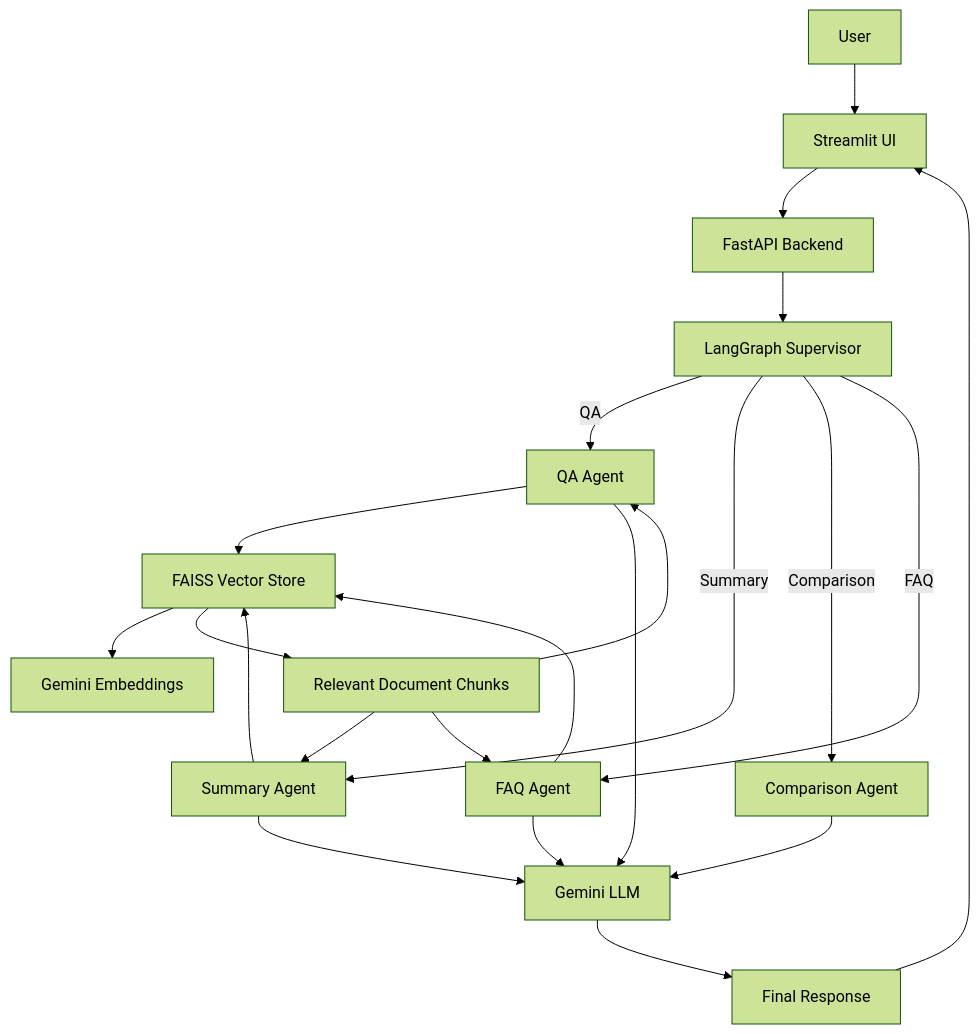
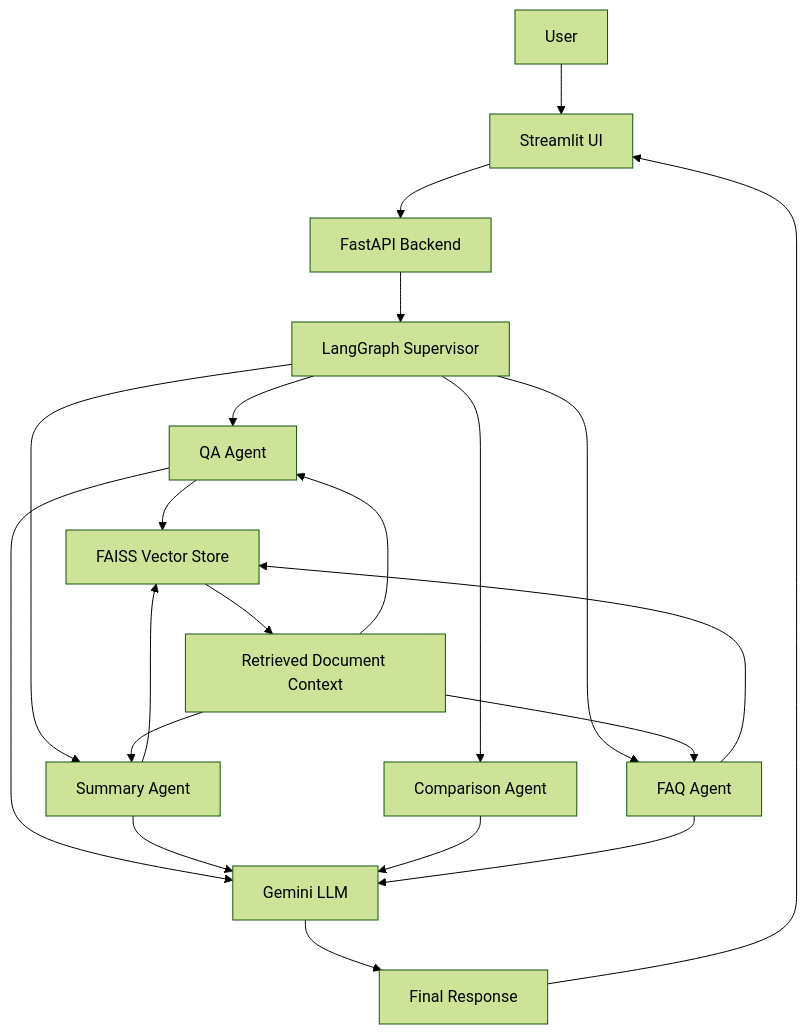
Before and after one commit to lagnajitashome/enterprise-ai-document-intelligence: the diagram in README.md, drawn with Mermaid (forest theme). The commit also changed other lines of this file, not shown here.

````diff
--- a/README.md
+++ b/README.md
@@ -20,34 +20,32 @@
 ```mermaid
 flowchart TD
 
     A[User] --> B[Streamlit UI]
 
     B --> C[FastAPI Backend]
 
     C --> D[LangGraph Supervisor]
 
-    D -->|QA| E[QA Agent]
-    D -->|Summary| F[Summary Agent]
-    D -->|Comparison| G[Comparison Agent]
-    D -->|FAQ| H[FAQ Agent]
+    D --> E[QA Agent]
+    D --> F[Summary Agent]
+    D --> G[Comparison Agent]
+    D --> H[FAQ Agent]
 
     E --> I[FAISS Vector Store]
     F --> I
     H --> I
 
-    I --> J[Gemini Embeddings]
-    I --> K[Relevant Document Chunks]
+    I --> J[Retrieved Document Context]
 
-    K --> E
-    K --> F
-    K --> H
+    J --> E
+    J --> F
+    J --> H
 
-    E --> L[Gemini LLM]
-    F --> L
-    G --> L
-    H --> L
+    E --> K[Gemini LLM]
+    F --> K
+    G --> K
+    H --> K
 
-    L --> M[Final Response]
-
-    M --> B
+    K --> L[Final Response]
+    L --> B
 ```
````
